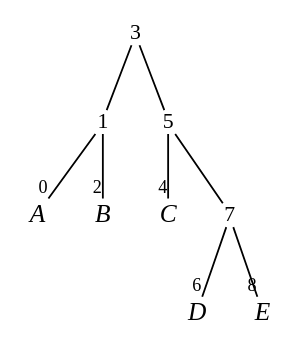
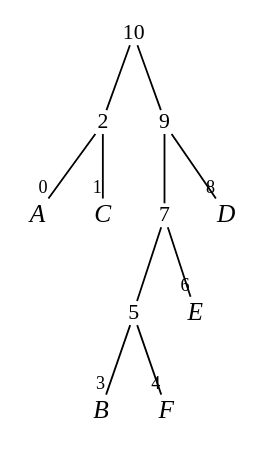
One commit to Soichi-Utsunomiya/FTA-by-SDD changed the diagram in output/sample_vtree.dot. Above: the diagram before and after it, drawn with Graphviz. The commit also changed 16 other files, not shown here.

```diff
--- a/output/sample_vtree.dot
+++ b/output/sample_vtree.dot
@@ -1,25 +1,29 @@
 
 digraph vtree {
 
 overlap=false
 
-n3 [label="3",fontname="Times",shape="plaintext",fontsize=12,fixedsize=true,width=.2,height=.18]; 
-n1 [label="1",fontname="Times",shape="plaintext",fontsize=12,fixedsize=true,width=.2,height=.18]; 
+n10 [label="10",fontname="Times",shape="plaintext",fontsize=12,fixedsize=true,width=.2,height=.18]; 
+n2 [label="2",fontname="Times",shape="plaintext",fontsize=12,fixedsize=true,width=.2,height=.18]; 
 n0 [label="A",fontname="Times-Italic",fontsize=14,shape="plaintext",fixedsize=true,width=.25,height=.25]; 
-n2 [label="B",fontname="Times-Italic",fontsize=14,shape="plaintext",fixedsize=true,width=.25,height=.25]; 
+n1 [label="C",fontname="Times-Italic",fontsize=14,shape="plaintext",fixedsize=true,width=.25,height=.25]; 
+n9 [label="9",fontname="Times",shape="plaintext",fontsize=12,fixedsize=true,width=.2,height=.18]; 
+n7 [label="7",fontname="Times",shape="plaintext",fontsize=12,fixedsize=true,width=.2,height=.18]; 
 n5 [label="5",fontname="Times",shape="plaintext",fontsize=12,fixedsize=true,width=.2,height=.18]; 
-n4 [label="C",fontname="Times-Italic",fontsize=14,shape="plaintext",fixedsize=true,width=.25,height=.25]; 
-n7 [label="7",fontname="Times",shape="plaintext",fontsize=12,fixedsize=true,width=.2,height=.18]; 
-n6 [label="D",fontname="Times-Italic",fontsize=14,shape="plaintext",fixedsize=true,width=.25,height=.25]; 
-n8 [label="E",fontname="Times-Italic",fontsize=14,shape="plaintext",fixedsize=true,width=.25,height=.25]; 
-n3->n1 [arrowhead=none];
-n1->n0 [headclip=true,arrowhead=none,headlabel="0",labelfontname="Times",labelfontsize=10];
-n1->n2 [headclip=true,arrowhead=none,headlabel="2",labelfontname="Times",labelfontsize=10];
-n3->n5 [arrowhead=none];
+n3 [label="B",fontname="Times-Italic",fontsize=14,shape="plaintext",fixedsize=true,width=.25,height=.25]; 
+n4 [label="F",fontname="Times-Italic",fontsize=14,shape="plaintext",fixedsize=true,width=.25,height=.25]; 
+n6 [label="E",fontname="Times-Italic",fontsize=14,shape="plaintext",fixedsize=true,width=.25,height=.25]; 
+n8 [label="D",fontname="Times-Italic",fontsize=14,shape="plaintext",fixedsize=true,width=.25,height=.25]; 
+n10->n2 [arrowhead=none];
+n2->n0 [headclip=true,arrowhead=none,headlabel="0",labelfontname="Times",labelfontsize=10];
+n2->n1 [headclip=true,arrowhead=none,headlabel="1",labelfontname="Times",labelfontsize=10];
+n10->n9 [arrowhead=none];
+n9->n7 [arrowhead=none];
+n7->n5 [arrowhead=none];
+n5->n3 [headclip=true,arrowhead=none,headlabel="3",labelfontname="Times",labelfontsize=10];
 n5->n4 [headclip=true,arrowhead=none,headlabel="4",labelfontname="Times",labelfontsize=10];
-n5->n7 [arrowhead=none];
 n7->n6 [headclip=true,arrowhead=none,headlabel="6",labelfontname="Times",labelfontsize=10];
-n7->n8 [headclip=true,arrowhead=none,headlabel="8",labelfontname="Times",labelfontsize=10];
+n9->n8 [headclip=true,arrowhead=none,headlabel="8",labelfontname="Times",labelfontsize=10];
 
 
 }
```
